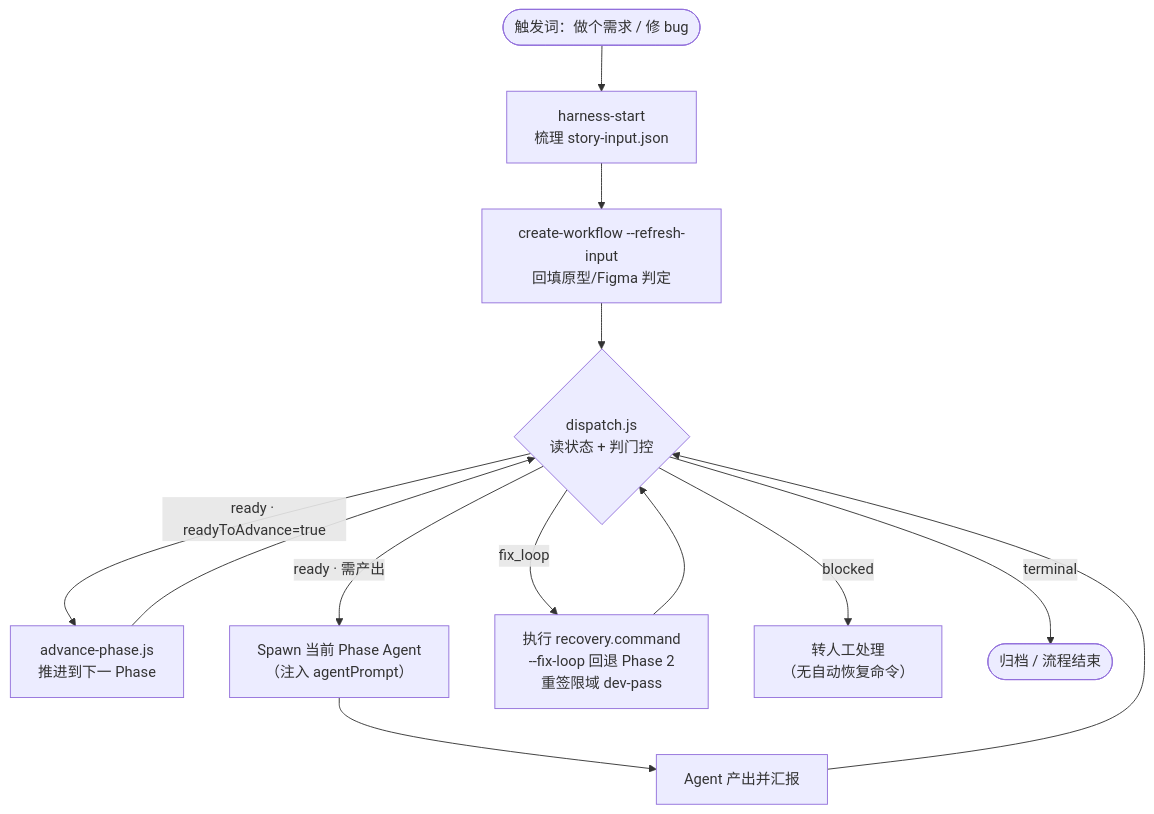
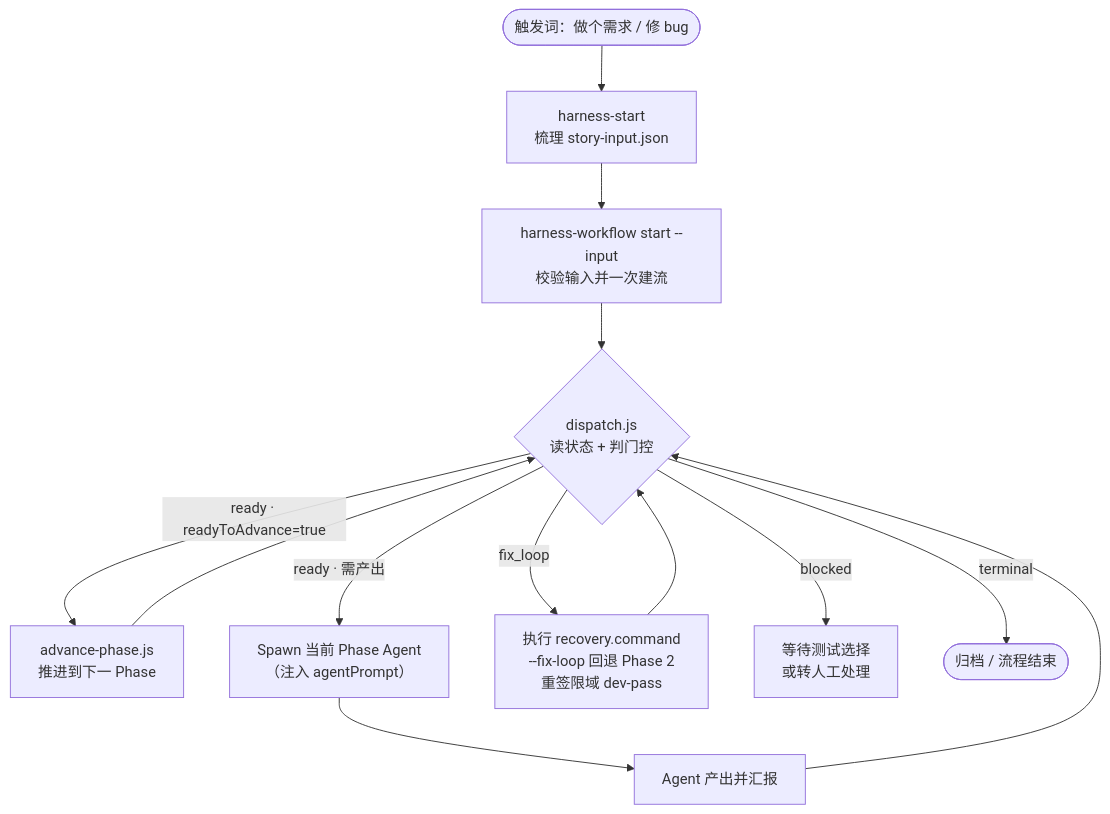
One commit to AbyssPan/fullstackflow changed the second of 2 diagrams in README.md. Above: the diagram before and after it, drawn with Mermaid. The commit also changed other lines of this file and 22 other files, not shown here.

````diff
--- a/README.md
+++ b/README.md
@@ -66,19 +66,19 @@
 ```mermaid
 flowchart TD
     Start(["触发词：做个需求 / 修 bug"]) --> Entry["harness-start<br/>梳理 story-input.json"]
-    Entry --> Refresh["create-workflow --refresh-input<br/>回填原型/Figma 判定"]
-    Refresh --> Dispatch{"dispatch.js<br/>读状态 + 判门控"}
+    Entry --> Create["harness-workflow start --input<br/>校验输入并一次建流"]
+    Create --> Dispatch{"dispatch.js<br/>读状态 + 判门控"}
 
     Dispatch -->|"ready · readyToAdvance=true"| Advance["advance-phase.js<br/>推进到下一 Phase"]
     Advance --> Dispatch
 
     Dispatch -->|"ready · 需产出"| Spawn["Spawn 当前 Phase Agent<br/>（注入 agentPrompt）"]
     Spawn --> Report["Agent 产出并汇报"]
     Report --> Dispatch
 
     Dispatch -->|"fix_loop"| FixLoop["执行 recovery.command<br/>--fix-loop 回退 Phase 2<br/>重签限域 dev-pass"]
     FixLoop --> Dispatch
 
-    Dispatch -->|"blocked"| Manual["转人工处理<br/>（无自动恢复命令）"]
+    Dispatch -->|"blocked"| Manual["等待测试选择<br/>或转人工处理"]
     Dispatch -->|"terminal"| End(["归档 / 流程结束"])
 ```
````
